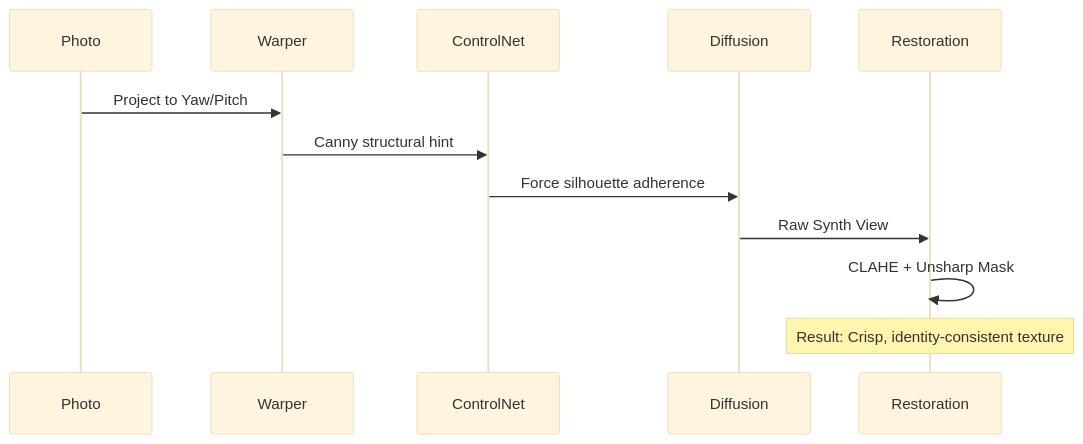
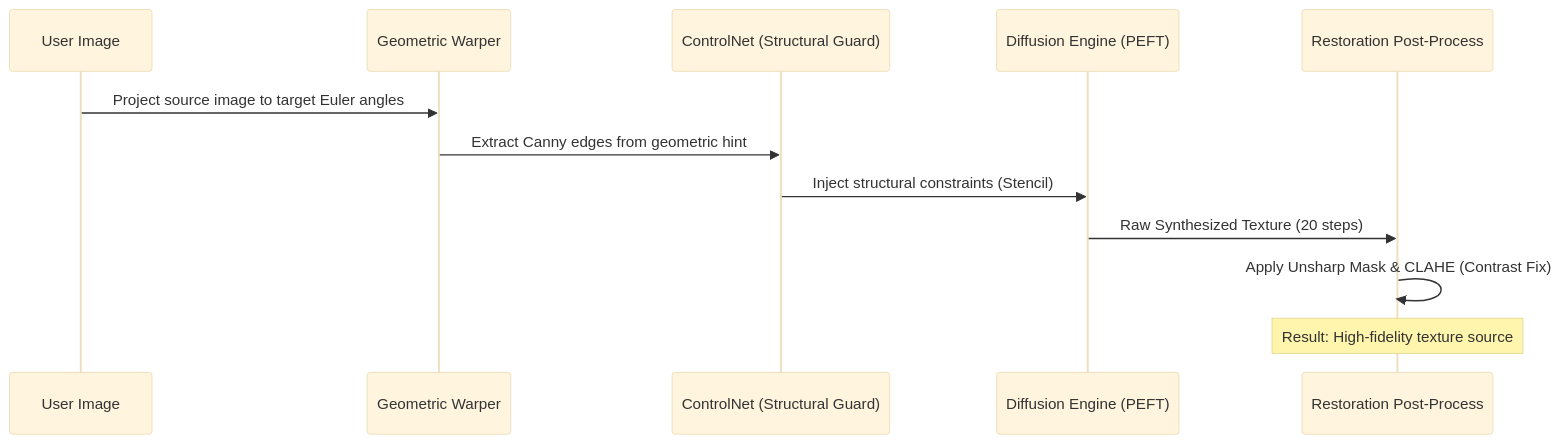
The second of 2 diagrams in README.md (Dhruvil1308/Single-Image-to-Stylized-3D), drawn with Mermaid (base theme) before and after one commit. The commit also changed other lines of this file, not shown here.

````diff
--- a/README.md
+++ b/README.md
@@ -56,15 +68,15 @@
 ```mermaid
 sequenceDiagram
-    participant P as Photo
-    participant W as Warper
-    participant C as ControlNet
-    participant D as Diffusion
-    participant F as Restoration
+    participant P as User Image
+    participant W as Geometric Warper
+    participant C as ControlNet (Structural Guard)
+    participant D as Diffusion Engine (PEFT)
+    participant R as Restoration Post-Process
 
-    P->>W: Project to Yaw/Pitch
-    W->>C: Canny structural hint
-    C->>D: Force silhouette adherence
-    D->>F: Raw Synth View
-    F->>F: CLAHE + Unsharp Mask
-    Note over F: Result: Crisp, identity-consistent texture
+    P->>W: Project source image to target Euler angles
+    W->>C: Extract Canny edges from geometric hint
+    C->>D: Inject structural constraints (Stencil)
+    D->>R: Raw Synthesized Texture (20 steps)
+    R->>R: Apply Unsharp Mask & CLAHE (Contrast Fix)
+    Note over R: Result: High-fidelity texture source
 ```
````
